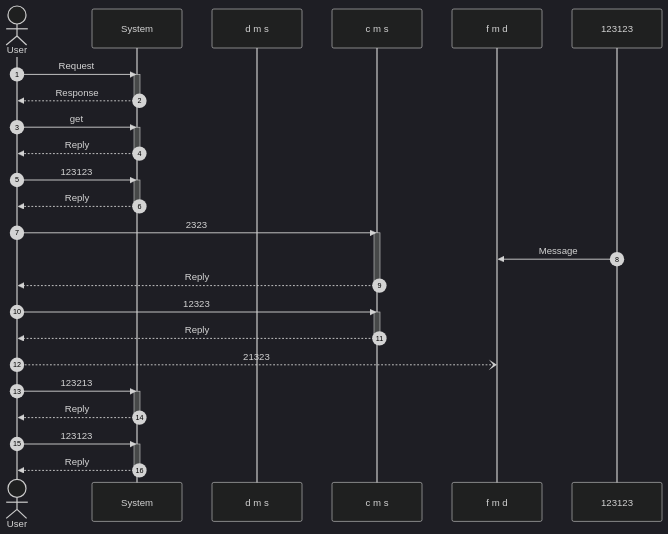
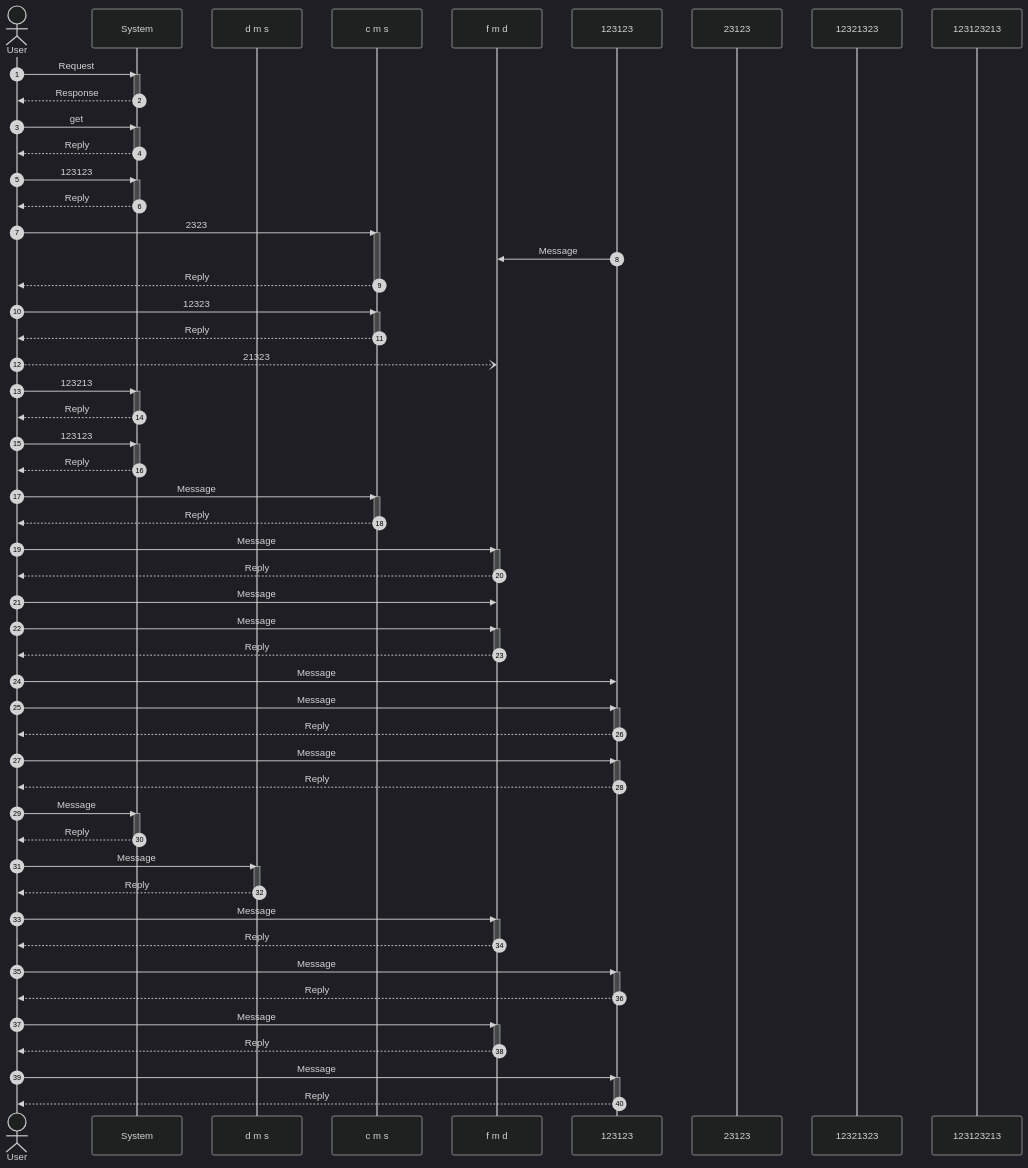
One commit to pingpm/mermaid_vault changed the diagram in mmd/123_b22299ee-543e-47dc-ad11-17cbdfb81d80.mmd. Above: the diagram before and after it, drawn with Mermaid (dark theme). The commit also changed 2 other files, not shown here.

Commit message:
Sync Mermaid Studio data (14 diagrams)

```diff
--- a/mmd/123_b22299ee-543e-47dc-ad11-17cbdfb81d80.mmd
+++ b/mmd/123_b22299ee-543e-47dc-ad11-17cbdfb81d80.mmd
@@ -1,42 +1,91 @@
 sequenceDiagram
   autonumber
   actor p0 as User
   participant p1 as System
   participant p2 as d m s
   participant p3 as c m s
   participant p4 as f m d
   participant p5 as 123123
+  participant p6 as 23123
+  participant p7 as 12321323
+  participant p8 as 123123213
   p0->>p1: Request
   activate p1
   p1-->>p0: Response
   deactivate p1
   p0->>p1: get
   activate p1
   p1-->>p0: Reply
   deactivate p1
   p0->>p1: 123123
   activate p1
   p1-->>p0: Reply
   deactivate p1
   p0->>p3: 2323
   activate p3
   p5->>p4: Message
   p3-->>p0: Reply
   deactivate p3
   p0->>p3: 12323
   activate p3
   p3-->>p0: Reply
   deactivate p3
   p0--)p4: 21323
   p0->>p1: 123213
   activate p1
   p1-->>p0: Reply
   deactivate p1
   p0->>p1: 123123
   activate p1
   p1-->>p0: Reply
   deactivate p1
+  p0->>p3: Message
+  activate p3
+  p3-->>p0: Reply
+  deactivate p3
+  p0->>p4: Message
+  activate p4
+  p4-->>p0: Reply
+  deactivate p4
+  p0->>p4: Message
+  p0->>p4: Message
+  activate p4
+  p4-->>p0: Reply
+  deactivate p4
+  p0->>p5: Message
+  p0->>p5: Message
+  activate p5
+  p5-->>p0: Reply
+  deactivate p5
+  p0->>p5: Message
+  activate p5
+  p5-->>p0: Reply
+  deactivate p5
+  p0->>p1: Message
+  activate p1
+  p1-->>p0: Reply
+  deactivate p1
+  p0->>p2: Message
+  activate p2
+  p2-->>p0: Reply
+  deactivate p2
+  p0->>p4: Message
+  activate p4
+  p4-->>p0: Reply
+  deactivate p4
+  p0->>p5: Message
+  activate p5
+  p5-->>p0: Reply
+  deactivate p5
+  p0->>p4: Message
+  activate p4
+  p4-->>p0: Reply
+  deactivate p4
+  p0->>p5: Message
+  activate p5
+  p5-->>p0: Reply
+  deactivate p5
 
   %% Links
   %% [接口1] http://www.baidu.com (used in: get)
   %% [接口222] https://www.google.com (used in: 12323)
```
